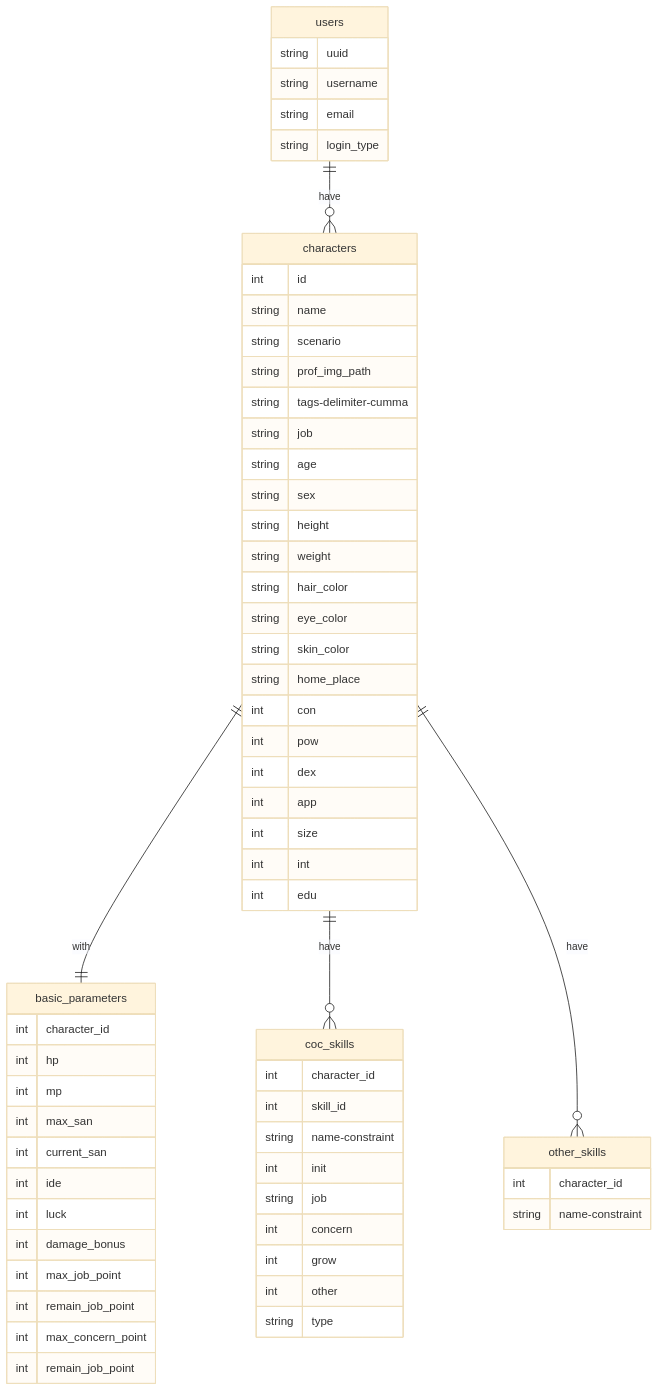
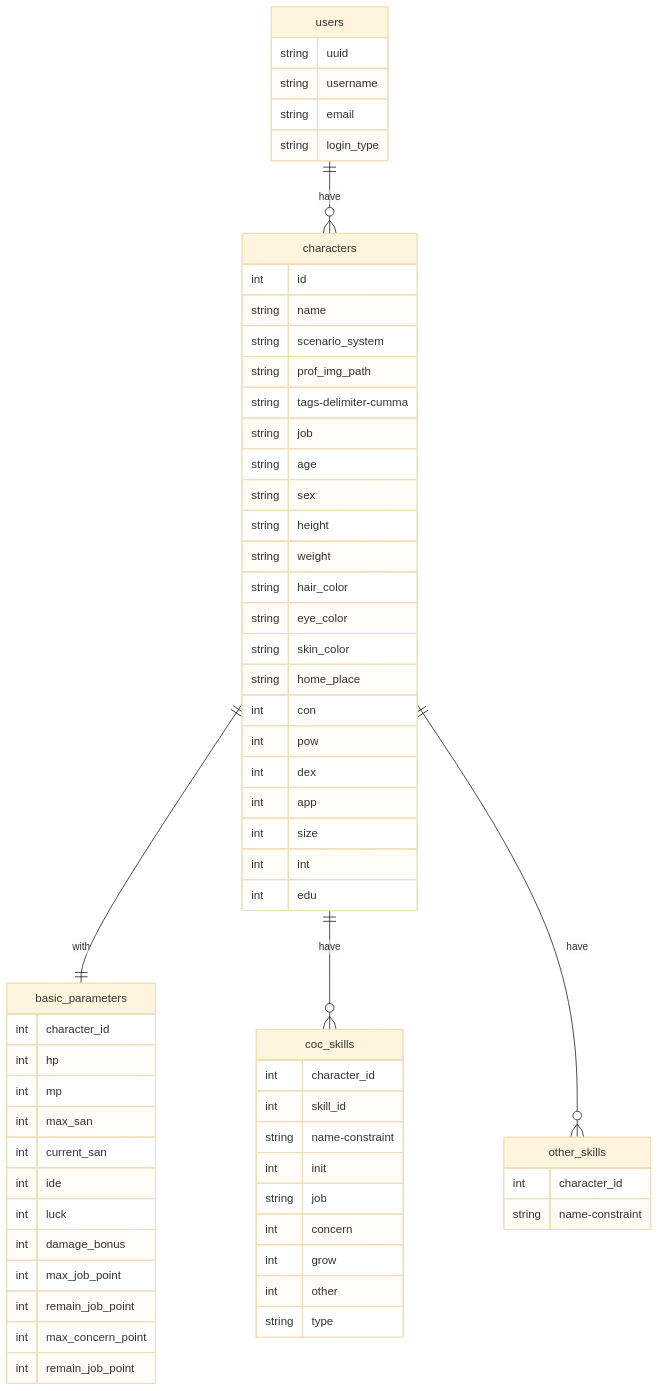
Before and after one commit to kitsystemyou/character-manager-backend: the diagram in docs/enthithi.md, drawn with Mermaid (base theme). The commit also changed 1 other file, not shown here.

Commit message:
Add ER image

````diff
--- a/docs/enthithi.md
+++ b/docs/enthithi.md
@@ -2,72 +2,72 @@
 ```mermaid
 erDiagram
 
 users ||--o{ characters : have
 characters ||--|| basic_parameters : with
 characters ||--o{ coc_skills : have
 characters ||--o{ other_skills : have
 
 users {
   string uuid
   string username
   string email
   string login_type
 }
 
 characters {
   int id
   string name
-  string scenario
+  string scenario_system
   string prof_img_path
   string tags-delimiter-cumma
   string job
   string age
   string sex
   string height
   string weight
   string hair_color
   string eye_color
   string skin_color
   string home_place
   int con
   int pow
   int dex
   int app
   int size
   int int
   int edu
 }
 
 basic_parameters {
     int character_id
     int hp
     int mp
     int max_san
     int current_san
     int ide
     int luck
     int damage_bonus
     int max_job_point
     int remain_job_point
     int max_concern_point
     int remain_job_point
 }
 
 coc_skills {
   int character_id
   int skill_id
   string name-constraint
   int init
   string job
   int concern
   int grow
   int other
   string type
 }
 
 other_skills {
     int character_id
     string name-constraint
 }
 
 ```
````
